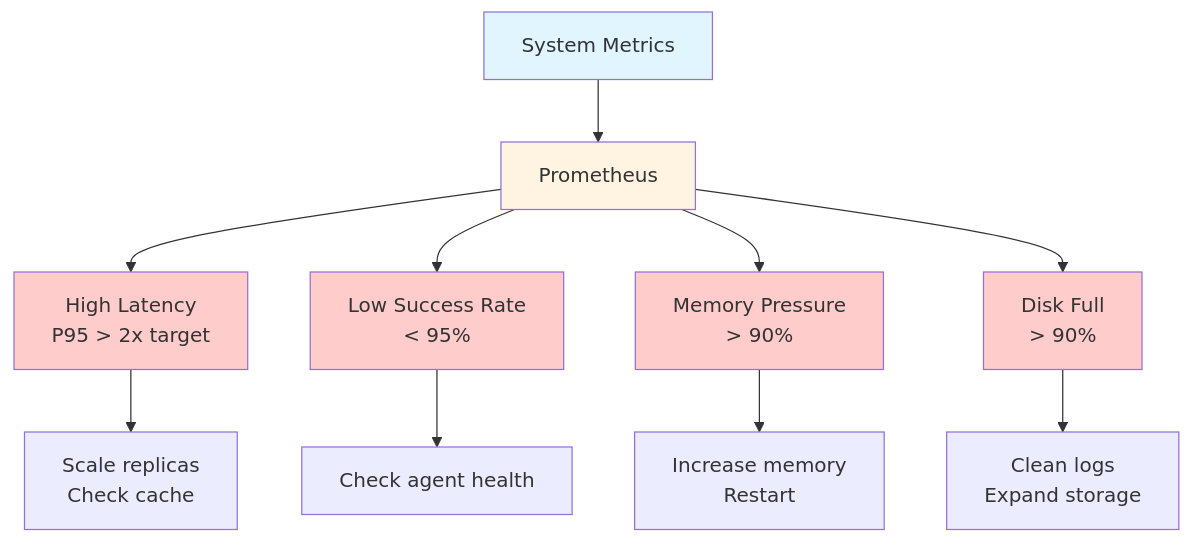
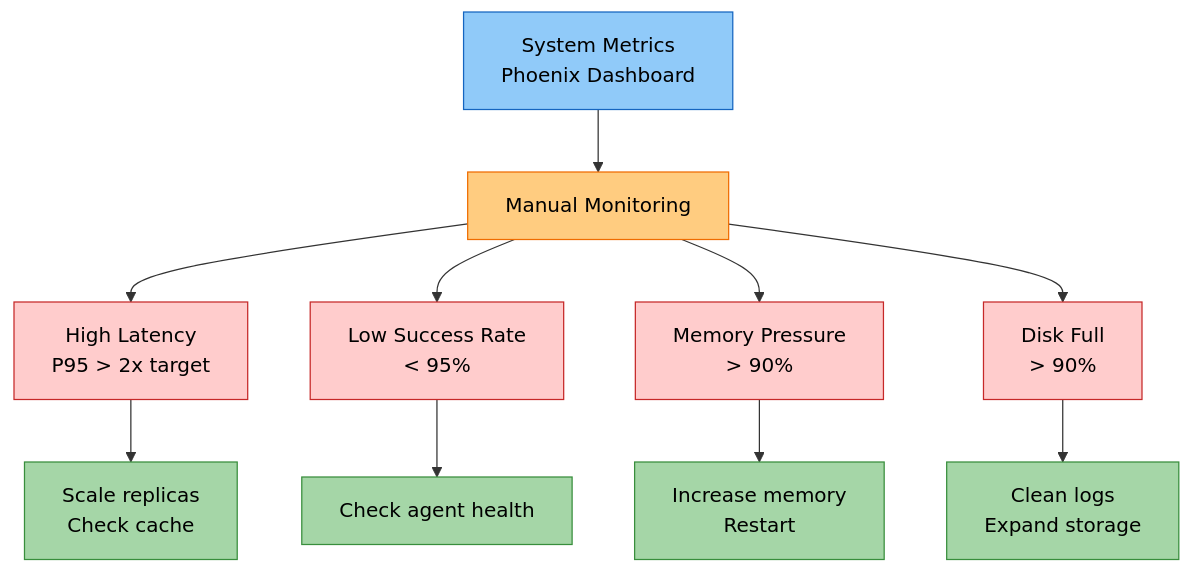
The fourth of 5 diagrams in docs/operations/performance-monitoring.md (amit-jain/cogniverse), drawn with Mermaid before and after one commit. The commit also changed other lines of this file and 83 other files, not shown here.

First line of the commit message:
Fix documentation veracity, formatting, and diagrams across all modules

````diff
--- a/docs/operations/performance-monitoring.md
+++ b/docs/operations/performance-monitoring.md
@@ -303,23 +332,27 @@
 ```mermaid
-graph TB
-    Metrics[System Metrics]
+flowchart TB
+    Metrics["<span style='color:#000'>System Metrics<br/>Phoenix Dashboard</span>"]
 
-    Metrics --> Prometheus[Prometheus]
+    Metrics --> Monitor["<span style='color:#000'>Manual Monitoring</span>"]
 
-    Prometheus --> Alert1[High Latency<br/>P95 > 2x target]
-    Prometheus --> Alert2[Low Success Rate<br/>< 95%]
-    Prometheus --> Alert3[Memory Pressure<br/>> 90%]
-    Prometheus --> Alert4[Disk Full<br/>> 90%]
+    Monitor --> Alert1["<span style='color:#000'>High Latency<br/>P95 > 2x target</span>"]
+    Monitor --> Alert2["<span style='color:#000'>Low Success Rate<br/>< 95%</span>"]
+    Monitor --> Alert3["<span style='color:#000'>Memory Pressure<br/>> 90%</span>"]
+    Monitor --> Alert4["<span style='color:#000'>Disk Full<br/>> 90%</span>"]
 
-    Alert1 --> Action1[Scale replicas<br/>Check cache]
-    Alert2 --> Action2[Check agent health]
-    Alert3 --> Action3[Increase memory<br/>Restart]
-    Alert4 --> Action4[Clean logs<br/>Expand storage]
+    Alert1 --> Action1["<span style='color:#000'>Scale replicas<br/>Check cache</span>"]
+    Alert2 --> Action2["<span style='color:#000'>Check agent health</span>"]
+    Alert3 --> Action3["<span style='color:#000'>Increase memory<br/>Restart</span>"]
+    Alert4 --> Action4["<span style='color:#000'>Clean logs<br/>Expand storage</span>"]
 
-    style Metrics fill:#e1f5ff
-    style Prometheus fill:#fff4e1
-    style Alert1 fill:#ffcccc
-    style Alert2 fill:#ffcccc
-    style Alert3 fill:#ffcccc
-    style Alert4 fill:#ffcccc
+    style Metrics fill:#90caf9,stroke:#1565c0,color:#000
+    style Monitor fill:#ffcc80,stroke:#ef6c00,color:#000
+    style Alert1 fill:#ffcccc,stroke:#c62828,color:#000
+    style Alert2 fill:#ffcccc,stroke:#c62828,color:#000
+    style Alert3 fill:#ffcccc,stroke:#c62828,color:#000
+    style Alert4 fill:#ffcccc,stroke:#c62828,color:#000
+    style Action1 fill:#a5d6a7,stroke:#388e3c,color:#000
+    style Action2 fill:#a5d6a7,stroke:#388e3c,color:#000
+    style Action3 fill:#a5d6a7,stroke:#388e3c,color:#000
+    style Action4 fill:#a5d6a7,stroke:#388e3c,color:#000
 ```
````
